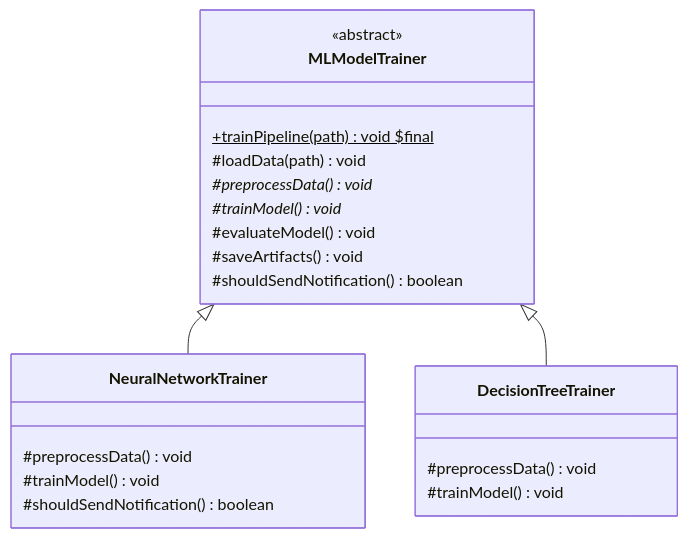
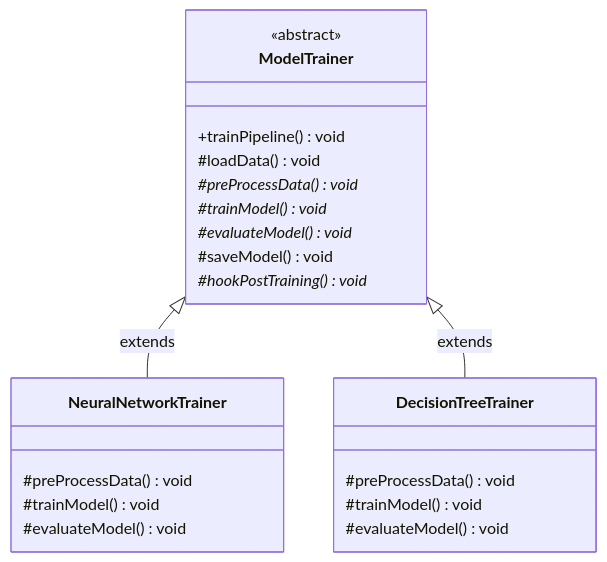
One commit to rohithgowda18/Notes changed the diagram in 04-OOPs-and-Design-Patterns/03-Design-Patterns/20-Template-Method-Pattern.md. Above: the diagram before and after it, drawn with Mermaid. The commit also changed other lines of this file and 39 other files, not shown here.

````diff
--- a/04-OOPs-and-Design-Patterns/03-Design-Patterns/20-Template-Method-Pattern.md
+++ b/04-OOPs-and-Design-Patterns/03-Design-Patterns/20-Template-Method-Pattern.md
@@ -7,27 +80,28 @@
 ```mermaid
 classDiagram
-    class MLModelTrainer {
+    class ModelTrainer {
         <<abstract>>
-        +trainPipeline(path) void $final$
-        #loadData(path) void
-        #preprocessData()* void
+        +trainPipeline() void
+        #loadData() void
+        #preProcessData()* void
         #trainModel()* void
-        #evaluateModel() void
-        #saveArtifacts() void
-        #shouldSendNotification() boolean
+        #evaluateModel()* void
+        #saveModel() void
+        #hookPostTraining()* void
     }
 
     class NeuralNetworkTrainer {
-        #preprocessData() void
+        #preProcessData() void
         #trainModel() void
-        #shouldSendNotification() boolean
+        #evaluateModel() void
     }
 
     class DecisionTreeTrainer {
-        #preprocessData() void
+        #preProcessData() void
         #trainModel() void
+        #evaluateModel() void
     }
 
-    MLModelTrainer <|-- NeuralNetworkTrainer
-    MLModelTrainer <|-- DecisionTreeTrainer
+    ModelTrainer <|-- NeuralNetworkTrainer : extends
+    ModelTrainer <|-- DecisionTreeTrainer : extends
 ```
````
